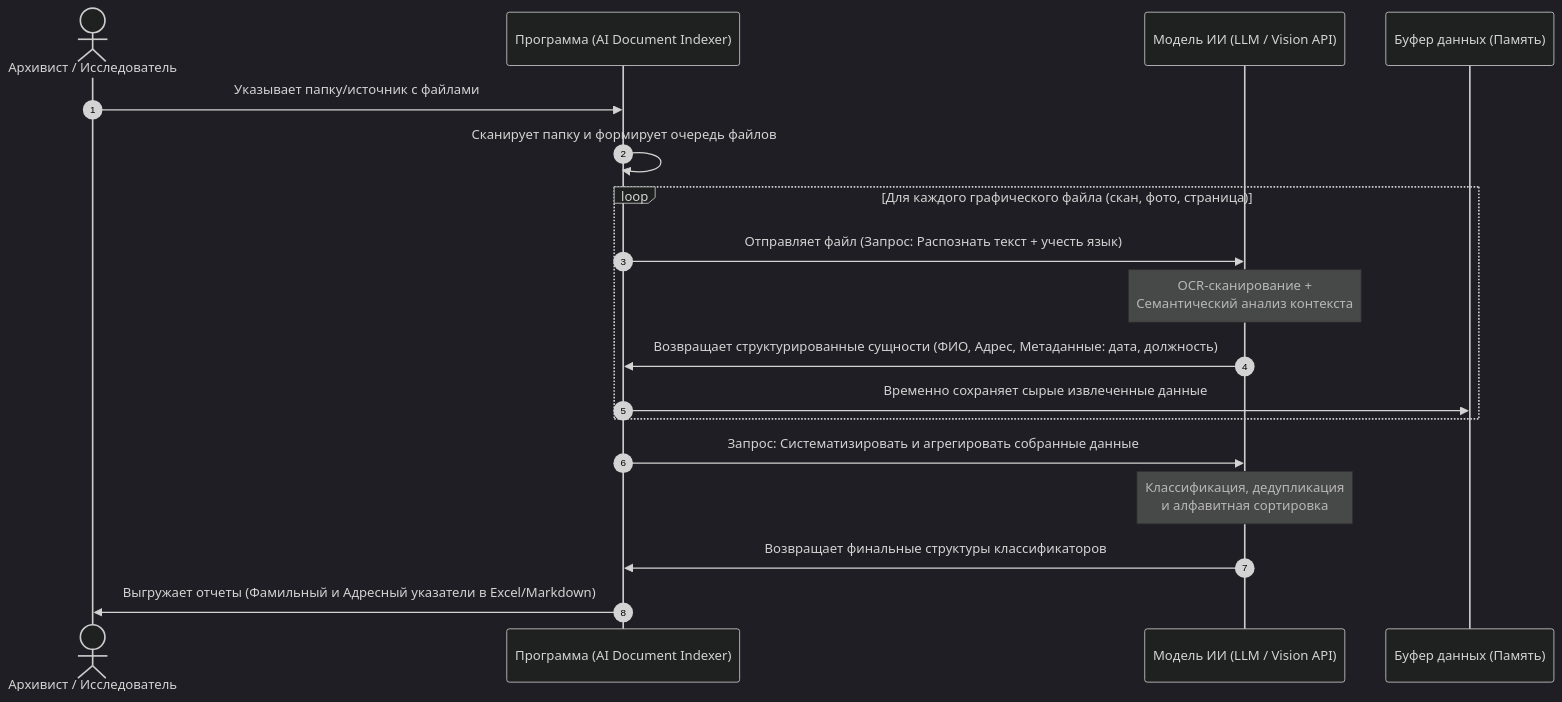
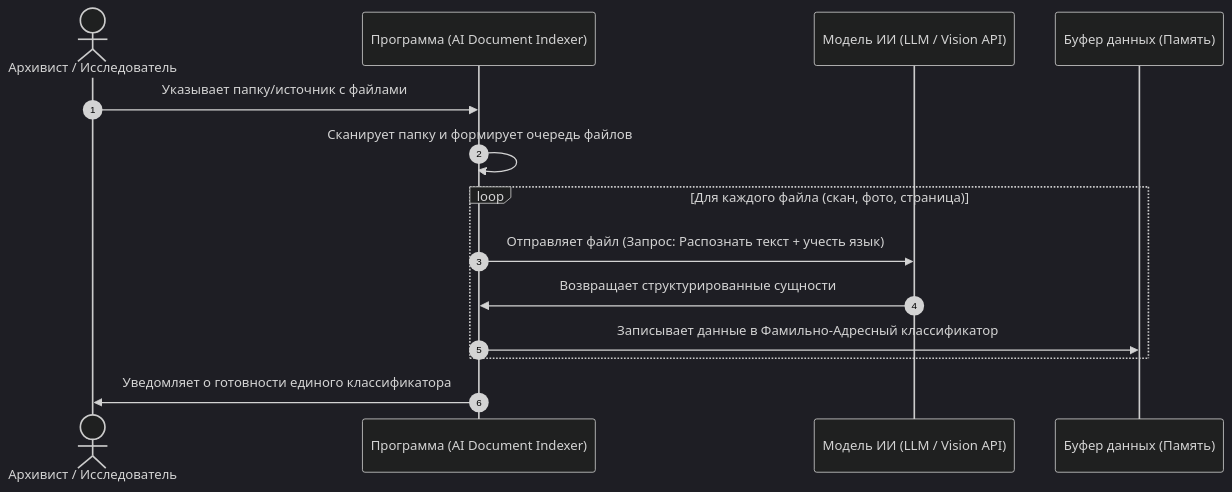
Before and after one commit to sa-gallar/ai-document-indexer: the first of 2 diagrams in docs/architecture.md, drawn with Mermaid (dark theme). The commit also changed other lines of this file, not shown here.

````diff
--- a/docs/architecture.md
+++ b/docs/architecture.md
@@ -5,23 +11,19 @@
 ```mermaid
 sequenceDiagram
     autonumber
     actor User as Архивист / Исследователь
     participant App as Программа (AI Document Indexer)
     participant AI as Модель ИИ (LLM / Vision API)
     participant DB as Буфер данных (Память)
 
     User->>App: Указывает папку/источник с файлами
     App->>App: Сканирует папку и формирует очередь файлов
     
-    loop Для каждого графического файла (скан, фото, страница)
+    loop Для каждого файла (скан, фото, страница)
         App->>AI: Отправляет файл (Запрос: Распознать текст + учесть язык)
-        Note over AI: OCR-сканирование +<br/>Семантический анализ контекста
-        AI->>App: Возвращает структурированные сущности (ФИО, Адрес, Метаданные: дата, должность)
-        App->>DB: Временно сохраняет сырые извлеченные данные
+        AI->>App: Возвращает структурированные сущности
+        App->>DB: Записывает данные в Фамильно-Адресный классификатор
     end
 
-    App->>AI: Запрос: Систематизировать и агрегировать собранные данные
-    Note over AI: Классификация, дедупликация<br/>и алфавитная сортировка
-    AI->>App: Возвращает финальные структуры классификаторов
-    App->>User: Выгружает отчеты (Фамильный и Адресный указатели в Excel/Markdown)
+    App->>User: Уведомляет о готовности единого классификатора
 ```
````
